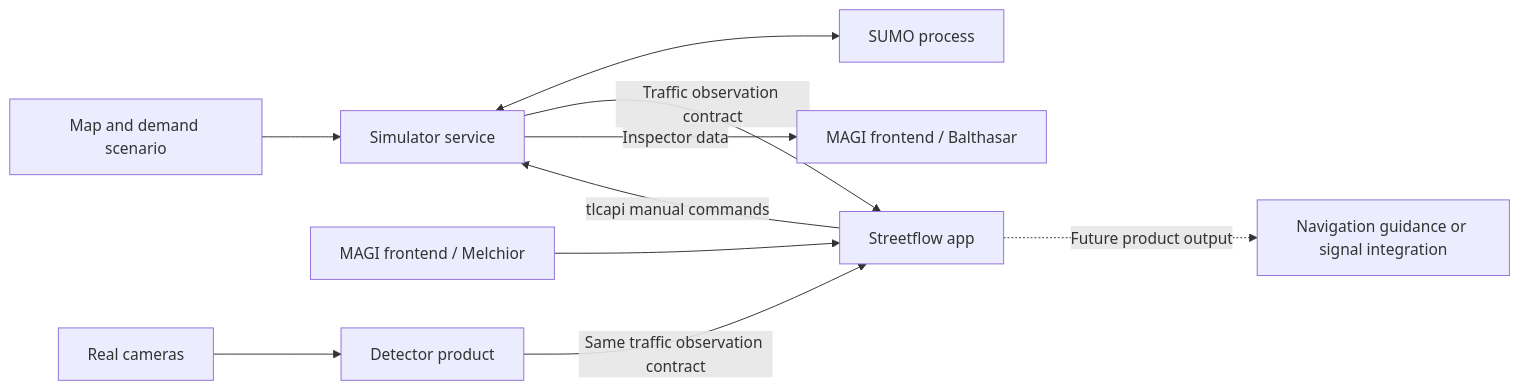
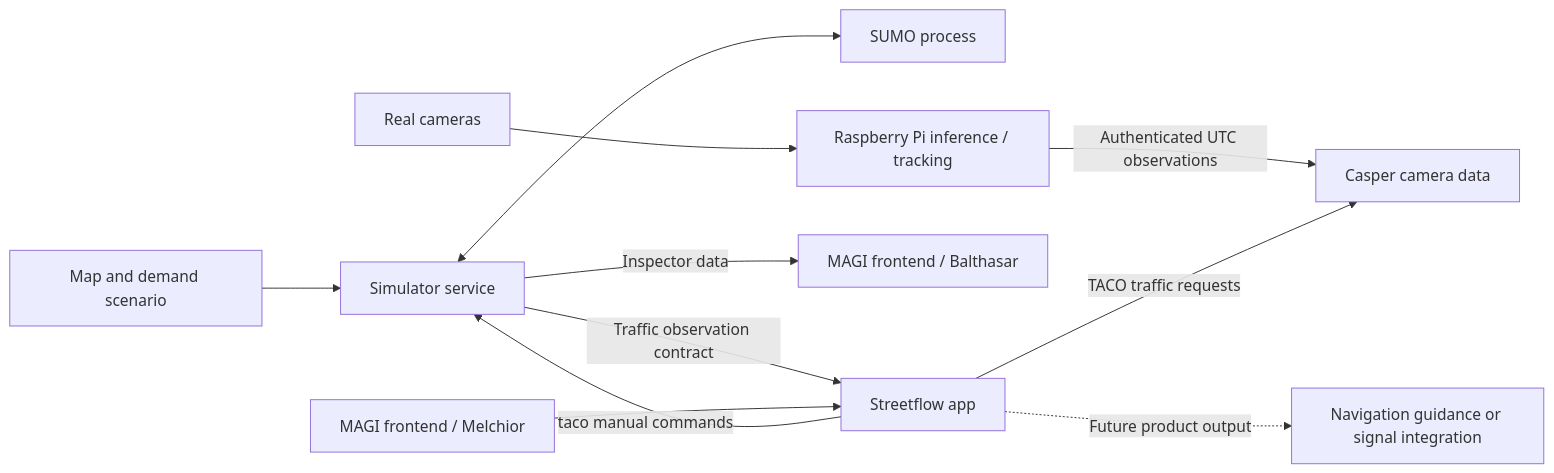
The diagram in docs/components/architecture.md (niotux/STREETFLOW), drawn with Mermaid before and after one commit. The commit also changed other lines of this file and 92 other files, not shown here.

Commit message:
Add Raspberry Pi camera pipeline and Casper TACO API

````diff
--- a/docs/components/architecture.md
+++ b/docs/components/architecture.md
@@ -18,12 +19,13 @@
 ```mermaid
 flowchart LR
     Scenario["Map and demand scenario"] --> Simulator["Simulator service"]
     Simulator <--> SUMO["SUMO process"]
     Simulator -->|"Traffic observation contract"| App["Streetflow app"]
     Simulator -->|"Inspector data"| Browser["MAGI frontend / Balthasar"]
     Control["MAGI frontend / Melchior"] --> App
-    App -->|"tlcapi manual commands"| Simulator
-    Cameras["Real cameras"] --> Detector["Detector product"]
-    Detector -->|"Same traffic observation contract"| App
+    App -->|"taco manual commands"| Simulator
+    Cameras["Real cameras"] --> Pi["Raspberry Pi inference / tracking"]
+    Pi -->|"Authenticated UTC observations"| Detector["Casper camera data"]
+    App -->|"TACO traffic requests"| Detector
     App -.->|"Future product output"| Output["Navigation guidance or signal integration"]
 ```
````
